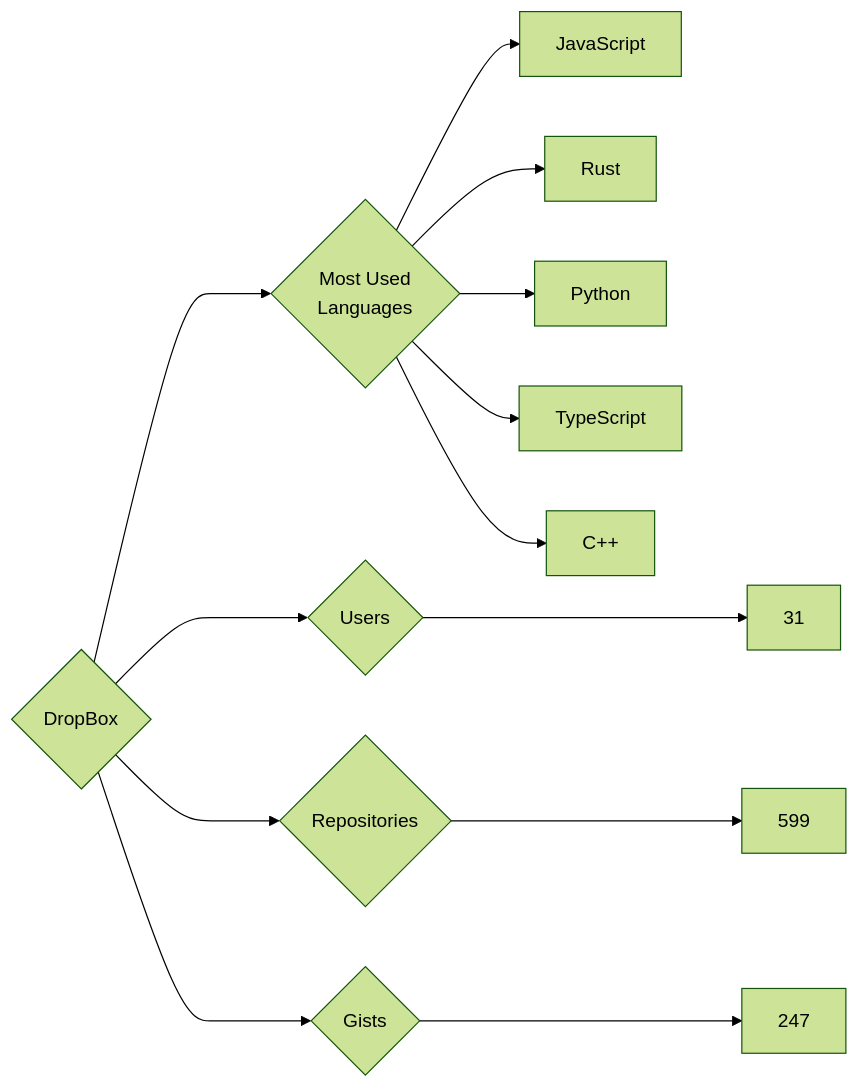
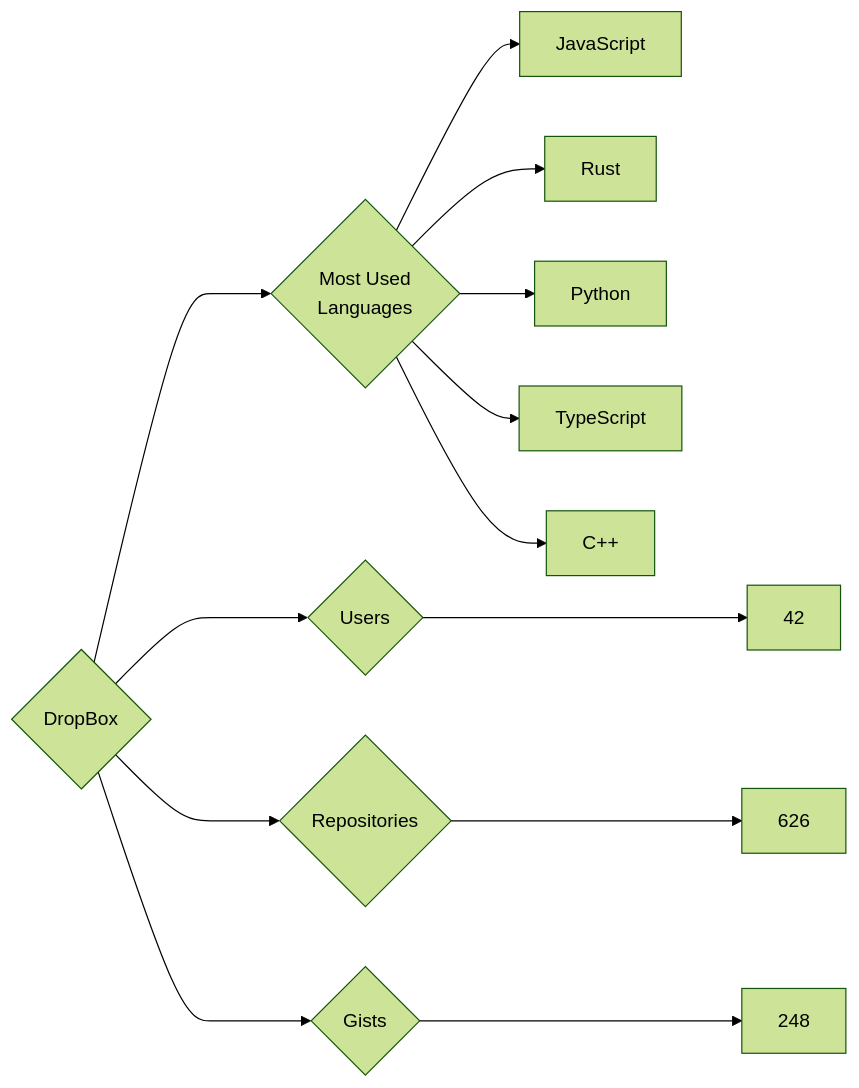
Before and after one commit to trickest/insiders: the diagram in targets/DropBox/README.md, drawn with Mermaid (forest theme). The commit also changed 750 other files, not shown here.

````diff
--- a/targets/DropBox/README.md
+++ b/targets/DropBox/README.md
@@ -3,13 +3,13 @@
 ```mermaid
 graph LR
 COMPANY_NAME{DropBox}
-COMPANY_NAME ---> U{Users} ---> UN[31]
-COMPANY_NAME ---> R{Repositories} ---> RN[599]
-COMPANY_NAME ---> G{Gists} ---> GN[247]
+COMPANY_NAME ---> U{Users} ---> UN[42]
+COMPANY_NAME ---> R{Repositories} ---> RN[626]
+COMPANY_NAME ---> G{Gists} ---> GN[248]
 COMPANY_NAME ---> ML{Most Used<br>Languages}
 ML --> JavaScript[JavaScript]
 ML --> Rust[Rust]
 ML --> Python[Python]
 ML --> TypeScript[TypeScript]
 ML --> C++[C++]
 ```
````
